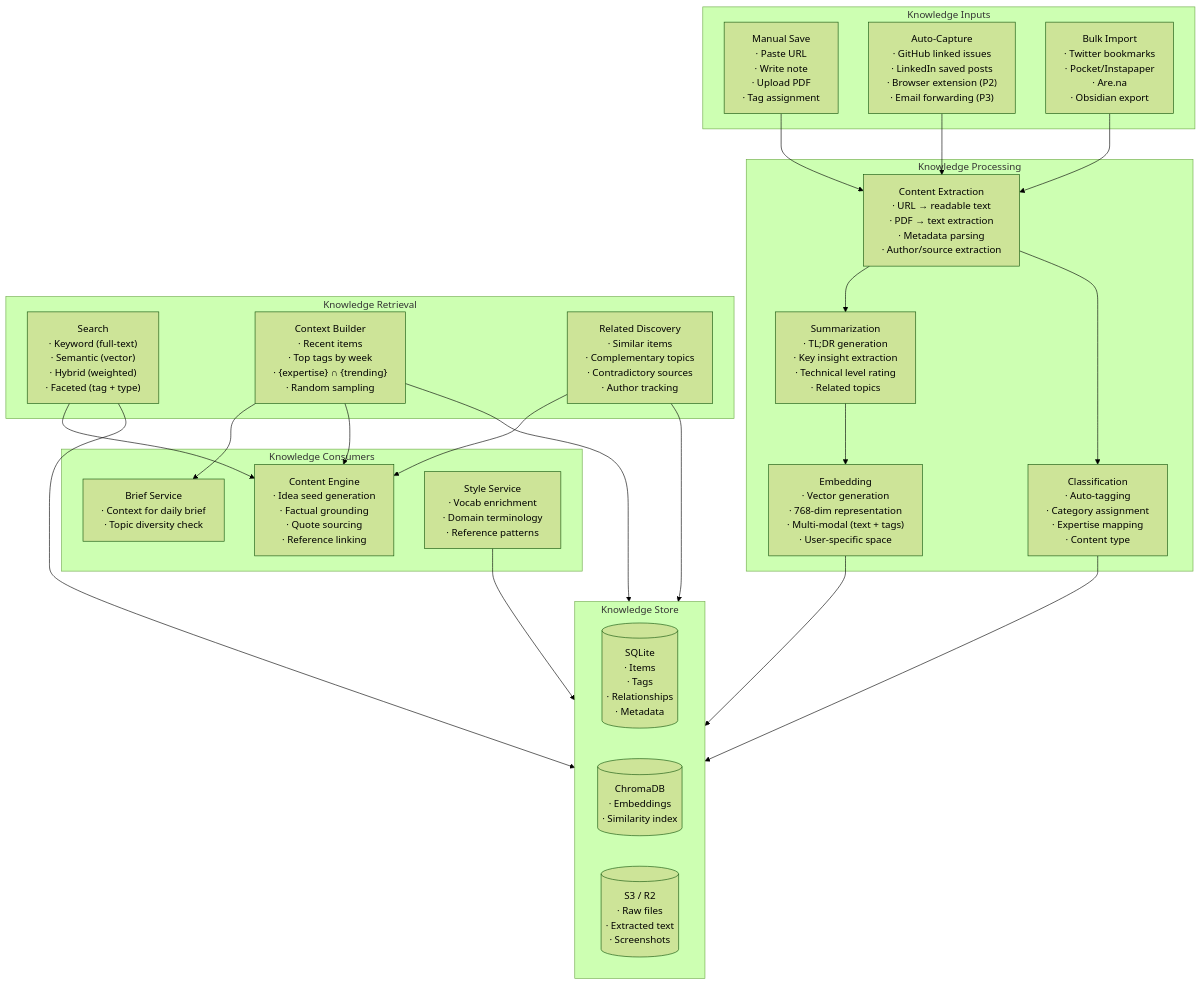
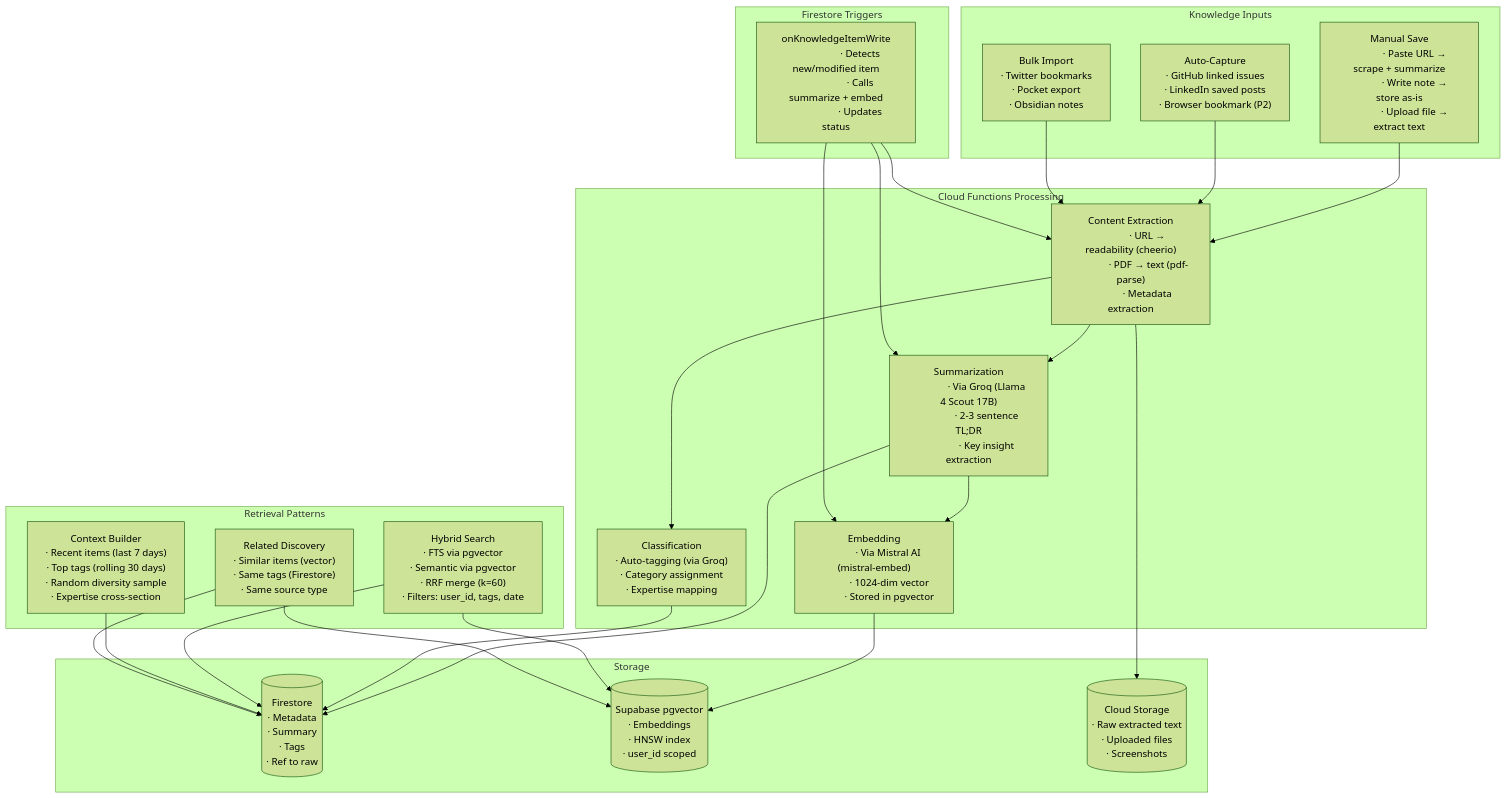
The tenth of 13 diagrams in docs/02_SYSTEM_ARCHITECTURE.md (Blacksujit/AI-Brand-OS), drawn with Mermaid (forest theme) before and after one commit. The commit also changed other lines of this file and 50 other files, not shown here.

First line of the commit message:
docs: rewrite architecture docs for Firebase/TypeScript stack

````diff
--- a/docs/02_SYSTEM_ARCHITECTURE.md
+++ b/docs/02_SYSTEM_ARCHITECTURE.md
@@ -1009,91 +827,69 @@
 flowchart TB
   subgraph INPUT["Knowledge Inputs"]
     MANUAL["Manual Save
-            · Paste URL
-            · Write note
-            · Upload PDF
-            · Tag assignment"]
+             · Paste URL → scrape + summarize
+             · Write note → store as-is
+             · Upload file → extract text"]
     AUTO["Auto-Capture
-          · GitHub linked issues
-          · LinkedIn saved posts
-          · Browser extension (P2)
-          · Email forwarding (P3)"]
+           · GitHub linked issues
+           · LinkedIn saved posts
+           · Browser bookmark (P2)"]
     IMPORT["Bulk Import
-            · Twitter bookmarks
-            · Pocket/Instapaper
-            · Are.na
-            · Obsidian export"]
+             · Twitter bookmarks
+             · Pocket export
+             · Obsidian notes"]
   end
 
-  subgraph PROCESS["Knowledge Processing"]
+  subgraph PROCESS["Cloud Functions Processing"]
     EXTRACT["Content Extraction
-             · URL → readable text
-             · PDF → text extraction
-             · Metadata parsing
-             · Author/source extraction"]
+              · URL → readability (cheerio)
+              · PDF → text (pdf-parse)
+              · Metadata extraction"]
     SUMMARIZE["Summarization
-               · TL;DR generation
-               · Key insight extraction
-               · Technical level rating
-               · Related topics"]
+               · Via Groq (Llama 4 Scout 17B)
+               · 2-3 sentence TL;DR
+               · Key insight extraction"]
     EMBED["Embedding
-           · Vector generation
-           · 768-dim representation
-           · Multi-modal (text + tags)
-           · User-specific space"]
+            · Via Mistral AI (mistral-embed)
+            · 1024-dim vector
+            · Stored in pgvector"]
     CLASSIFY["Classification
-              · Auto-tagging
+              · Auto-tagging (via Groq)
               · Category assignment
-              · Expertise mapping
-              · Content type"]
+              · Expertise mapping"]
   end
 
-  subgraph STORE["Knowledge Store"]
-    SQLITE[(SQLite
-        · Items
-        · Tags
-        · Relationships
-        · Metadata)]
-    CHROMA[(ChromaDB
-         · Embeddings
-         · Similarity index)]
-    S3[(S3 / R2
-        · Raw files
-        · Extracted text
-        · Screenshots)]
+  subgraph STORE["Storage"]
+    FS_STORE[(Firestore
+               · Metadata
+               · Summary
+               · Tags
+               · Ref to raw)]
+    VEC_STORE[(Supabase pgvector
+                · Embeddings
+                · HNSW index
+                · user_id scoped)]
+    FILE_STORE[(Cloud Storage
+                 · Raw extracted text
+                 · Uploaded files
+                 · Screenshots)]
   end
 
-  subgraph RETRIEVAL["Knowledge Retrieval"]
-    SEARCH["Search
-            · Keyword (full-text)
-            · Semantic (vector)
-            · Hybrid (weighted)
-            · Faceted (tag + type)"]
+  subgraph RETRIEVAL["Retrieval Patterns"]
+    SEARCH["Hybrid Search
+             · FTS via pgvector
+             · Semantic via pgvector
+             · RRF merge (k=60)
+             · Filters: user_id, tags, date"]
     CONTEXT["Context Builder
-             · Recent items
-             · Top tags by week
-             · {expertise} ∩ {trending}
-             · Random sampling"]
+              · Recent items (last 7 days)
+              · Top tags (rolling 30 days)
+              · Random diversity sample
+              · Expertise cross-section"]
     RELATED["Related Discovery
-             · Similar items
-             · Complementary topics
-             · Contradictory sources
-             · Author tracking"]
-  end
-
-  subgraph CONSUMPTION["Knowledge Consumers"]
-    BRIEF_SVC["Brief Service
-               · Context for daily brief
-               · Topic diversity check"]
-    CONTENT_ENG["Content Engine
-                 · Idea seed generation
-                 · Factual grounding
-                 · Quote sourcing
-                 · Reference linking"]
-    STYLE_SVC["Style Service
-               · Vocab enrichment
-               · Domain terminology
-               · Reference patterns"]
+              · Similar items (vector)
+              · Same tags (Firestore)
+              · Same source type"]
   end
 
   MANUAL --> EXTRACT
@@ -1102,16 +898,26 @@
   EXTRACT --> SUMMARIZE
   EXTRACT --> CLASSIFY
   SUMMARIZE --> EMBED
-  EMBED --> STORE
-  CLASSIFY --> STORE
 
-  SEARCH --> STORE
-  CONTEXT --> STORE
-  RELATED --> STORE
+  subgraph TRIGGERS["Firestore Triggers"]
+    EMBED_TRIGGER["onKnowledgeItemWrite
+                    · Detects new/modified item
+                    · Calls summarize + embed
+                    · Updates status"]
+  end
 
-  CONTEXT --> BRIEF_SVC
-  SEARCH --> CONTENT_ENG
-  CONTEXT --> CONTENT_ENG
-  RELATED --> CONTENT_ENG
-  STYLE_SVC --> STORE
+  EMBED_TRIGGER --> EXTRACT
+  EMBED_TRIGGER --> SUMMARIZE
+  EMBED_TRIGGER --> EMBED
+
+  EMBED --> VEC_STORE
+  SUMMARIZE --> FS_STORE
+  CLASSIFY --> FS_STORE
+  EXTRACT --> FILE_STORE
+
+  SEARCH --> VEC_STORE
+  SEARCH --> FS_STORE
+  CONTEXT --> FS_STORE
+  RELATED --> VEC_STORE
+  RELATED --> FS_STORE
 ```
````
